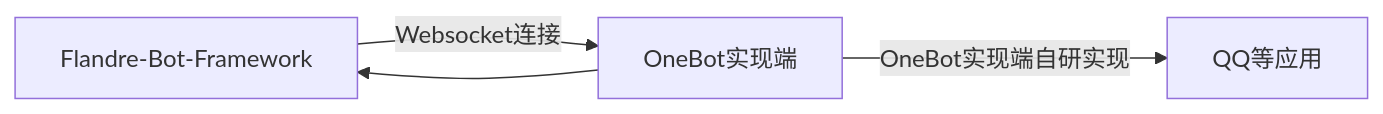
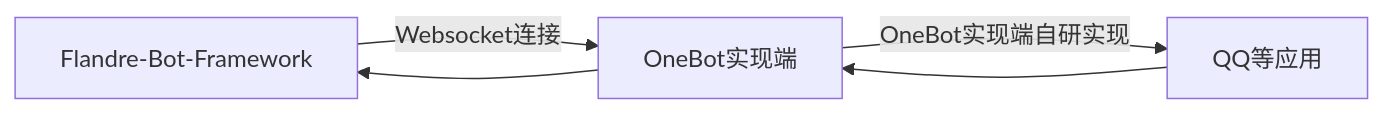
One commit to LemonJuice95/flandre-bot-framework changed the diagram in README.md. Above: the diagram before and after it, drawn with Mermaid.

Commit message:
更新README

````diff
--- a/README.md
+++ b/README.md
@@ -40,6 +40,7 @@
 ```mermaid
 graph LR
 A[Flandre-Bot-Framework] -->|Websocket连接| B[OneBot实现端]
 B --> A
 B -->|OneBot实现端自研实现| C[QQ等应用]
+C --> B
 ```
````
